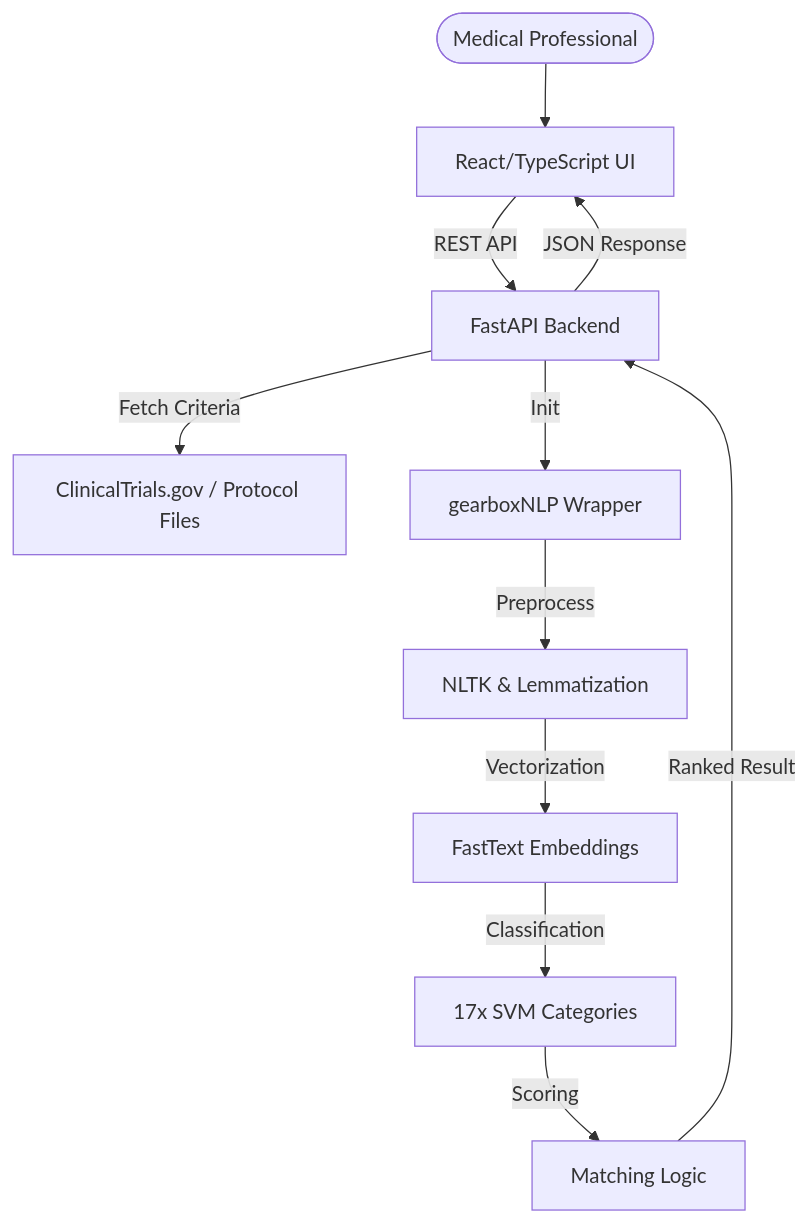
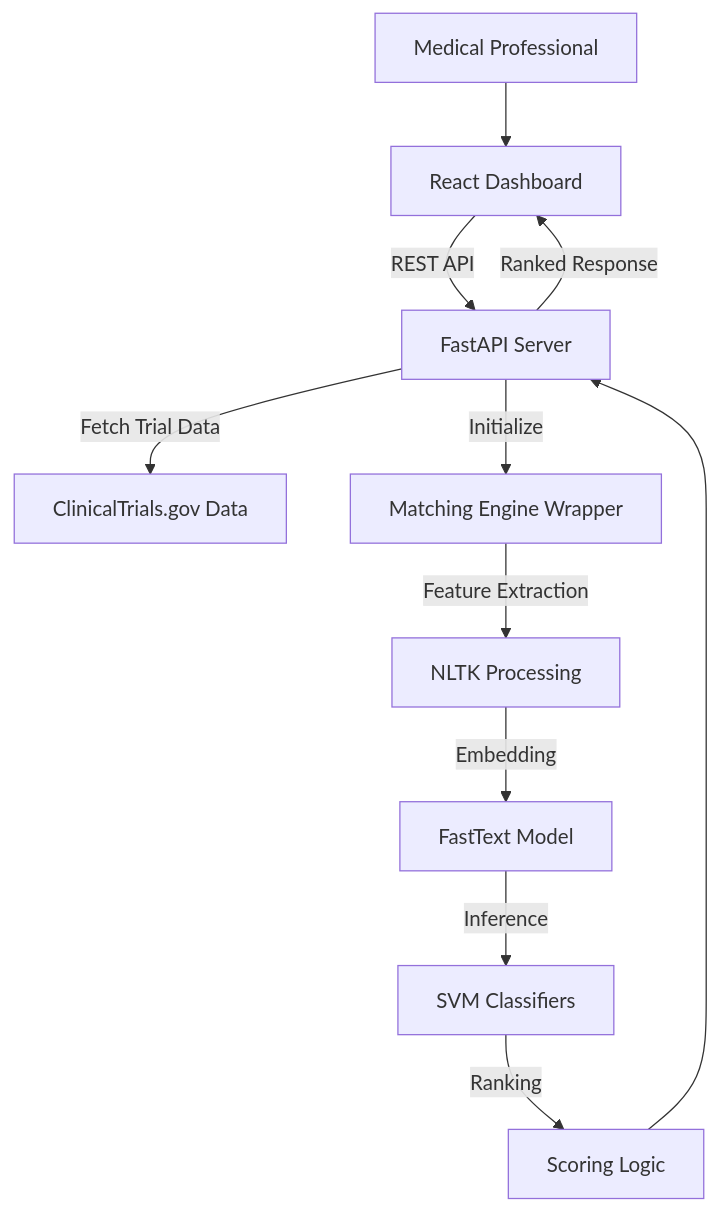
The diagram in README.md (Dev10-sys/Automated-Matching-of-Patients-to-Clinical-Trials), drawn with Mermaid before and after one commit. The commit also changed other lines of this file and 4 other files, not shown here.

Commit message:
Enhance dashboard UI with professional clinical matching theme and terminology

````diff
--- a/README.md
+++ b/README.md
@@ -19,13 +18,13 @@
 ```mermaid
 graph TD
-    User([Medical Professional]) --> Frontend[React/TypeScript UI]
-    Frontend -->|REST API| API[FastAPI Backend]
-    API -->|Fetch Criteria| CTGov[ClinicalTrials.gov / Protocol Files]
-    API -->|Init| Wrapper[gearboxNLP Wrapper]
-    Wrapper -->|Preprocess| NLP[NLTK & Lemmatization]
-    NLP -->|Vectorization| FT[FastText Embeddings]
-    FT -->|Classification| SVM[17x SVM Categories]
-    SVM -->|Scoring| Matcher[Matching Logic]
-    Matcher -->|Ranked Result| API
-    API -->|JSON Response| Frontend
+    User[Medical Professional] --> Frontend[React Dashboard]
+    Frontend -->|REST API| API[FastAPI Server]
+    API -->|Fetch Trial Data| CTGov[ClinicalTrials.gov Data]
+    API -->|Initialize| Matcher[Matching Engine Wrapper]
+    Matcher -->|Feature Extraction| NLP[NLTK Processing]
+    NLP -->|Embedding| FT[FastText Model]
+    FT -->|Inference| SVM[SVM Classifiers]
+    SVM -->|Ranking| Scorer[Scoring Logic]
+    Scorer --> API
+    API -->|Ranked Response| Frontend
 ```
````
